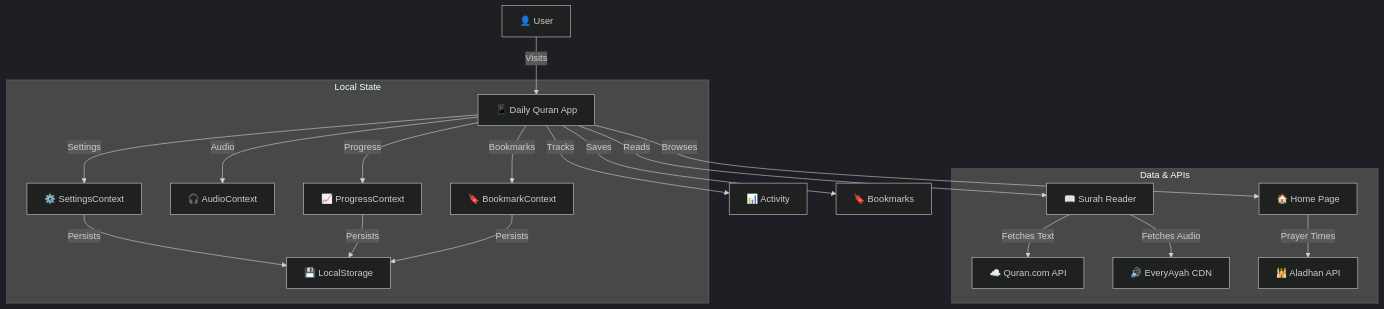
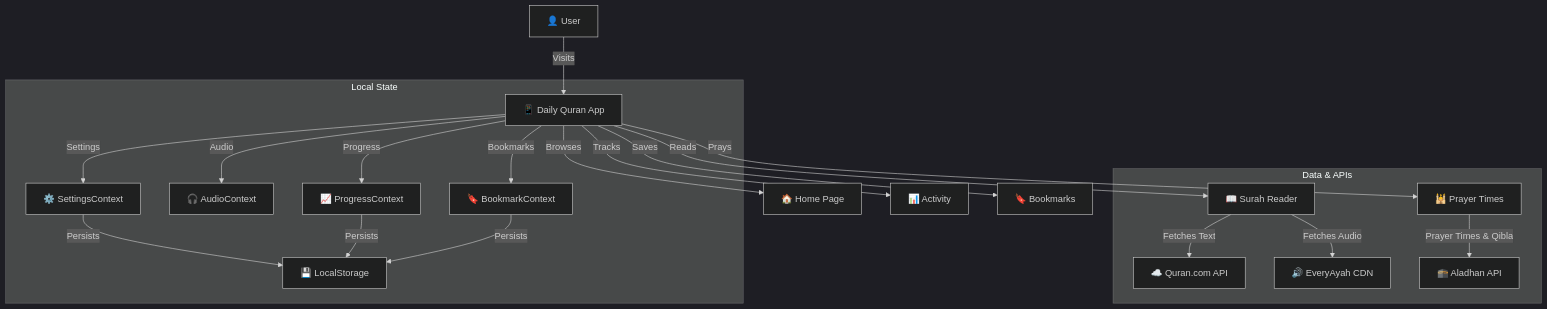
Before and after one commit to 9M2PJU/9M2PJU-Daily-Quran: the diagram in README.md, drawn with Mermaid (dark theme). The commit also changed other lines of this file and 2 other files, not shown here.

````diff
--- a/README.md
+++ b/README.md
@@ -58,24 +67,25 @@
 ```mermaid
 graph TD
     User[👤 User] -->|Visits| App[📱 Daily Quran App]
     App -->|Browses| Home[🏠 Home Page]
     App -->|Reads| Reader[📖 Surah Reader]
     App -->|Tracks| Activity[📊 Activity]
     App -->|Saves| Bookmarks[🔖 Bookmarks]
+    App -->|Prays| Prayer[🕌 Prayer Times]
 
     subgraph "Data & APIs"
         Reader -->|Fetches Text| API[☁️ Quran.com API]
         Reader -->|Fetches Audio| Audio[🔊 EveryAyah CDN]
-        Home -->|Prayer Times| Prayer[🕌 Aladhan API]
+        Prayer -->|Prayer Times & Qibla| Aladhan[🕋 Aladhan API]
     end
 
     subgraph "Local State"
         App -->|Settings| Settings[⚙️ SettingsContext]
         App -->|Audio| AudioCtx[🎧 AudioContext]
         App -->|Progress| Progress[📈 ProgressContext]
         App -->|Bookmarks| BookmarkCtx[🔖 BookmarkContext]
         Settings -->|Persists| LS[💾 LocalStorage]
         Progress -->|Persists| LS
         BookmarkCtx -->|Persists| LS
     end
 ```
````
